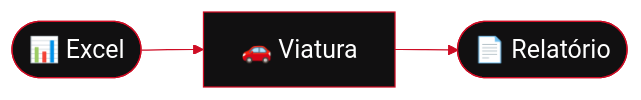
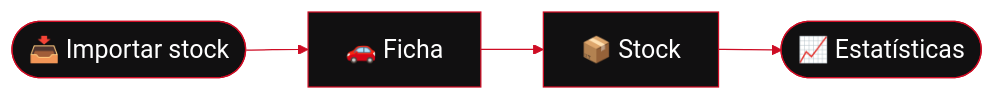
The second of 2 diagrams in README.md (Francisss9/Portfolio), drawn with Mermaid before and after one commit. The commit also changed other lines of this file, not shown here.

````diff
--- a/README.md
+++ b/README.md
@@ -186,6 +178,7 @@
 ```mermaid
 %%{init: {'theme':'base','themeVariables':{'fontSize':'20px','primaryColor':'#111011','primaryTextColor':'#ffffff','primaryBorderColor':'#ce0c24','lineColor':'#ce0c24'}}}%%
 flowchart LR
-    X(["📊 Excel"]) --> F["🚗 Viatura"]
-    F --> R(["📄 Relatório"])
+    X(["📥 Importar stock"]) --> F["🚗 Ficha"]
+    F --> S["📦 Stock"]
+    S --> E(["📈 Estatísticas"])
 ```
````
